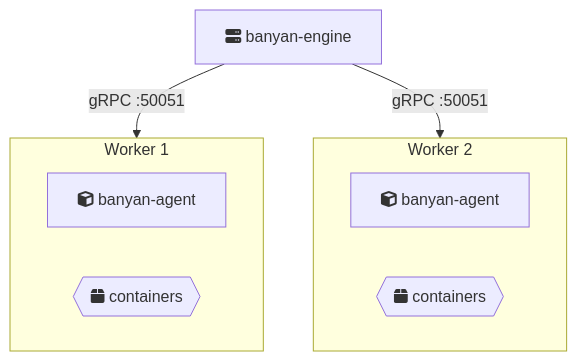
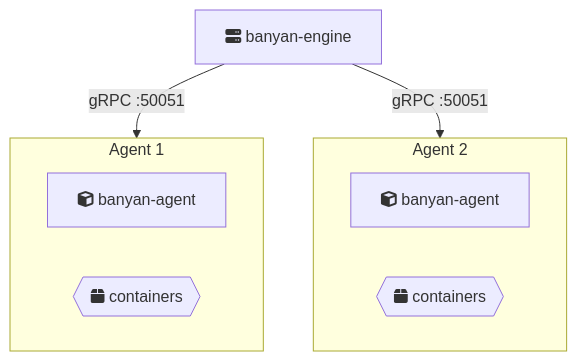
Before and after one commit to fertile-org/banyan: the diagram in website/src/content/docs/guides/multi-node.md, drawn with Mermaid. The commit also changed other lines of this file and 15 other files, not shown here.

First line of the commit message:
Add HA guide, flow diagrams, fix docs terminology and navigation

````diff
--- a/website/src/content/docs/guides/multi-node.md
+++ b/website/src/content/docs/guides/multi-node.md
@@ -12,15 +12,15 @@
 ```mermaid
 graph TD
     Engine[fa:fa-server banyan-engine] -->|gRPC :50051| W1
     Engine -->|gRPC :50051| W2
 
-    subgraph W1[Worker 1]
+    subgraph W1[Agent 1]
         Agent1[fa:fa-cube banyan-agent]
         C1{{fa:fa-box containers}}
     end
 
-    subgraph W2[Worker 2]
+    subgraph W2[Agent 2]
         Agent2[fa:fa-cube banyan-agent]
         C2{{fa:fa-box containers}}
     end
 ```
````
